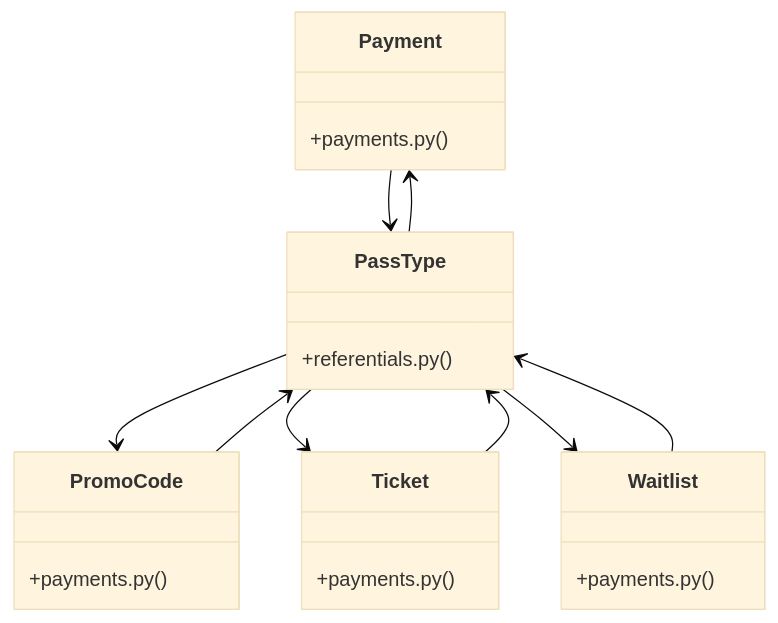
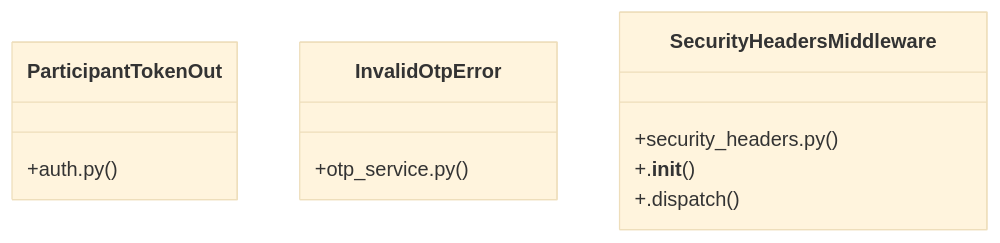
The diagram in graphify-out/wiki/[get_settings()_&_upload_file()]_Cluster.md (adjanayo/synca_conf_back), drawn with Mermaid (base theme) before and after one commit. The commit also changed other lines of this file and 97 other files, not shown here.

````diff
--- a/graphify-out/wiki/[get_settings()_&_upload_file()]_Cluster.md
+++ b/graphify-out/wiki/[get_settings()_&_upload_file()]_Cluster.md
@@ -36,26 +36,14 @@
 ```mermaid
 classDiagram
-    class Payment {
-        +payments.py()
+    class ParticipantTokenOut {
+        +auth.py()
     }
-    class PromoCode {
-        +payments.py()
+    class InvalidOtpError {
+        +otp_service.py()
     }
-    class Ticket {
-        +payments.py()
+    class SecurityHeadersMiddleware {
+        +security_headers.py()
+        +.__init__()
+        +.dispatch()
     }
-    class Waitlist {
-        +payments.py()
-    }
-    class PassType {
-        +referentials.py()
-    }
-    Payment --> PassType
-    PromoCode --> PassType
-    Ticket --> PassType
-    Waitlist --> PassType
-    PassType --> PromoCode
-    PassType --> Payment
-    PassType --> Ticket
-    PassType --> Waitlist
 ```
````
